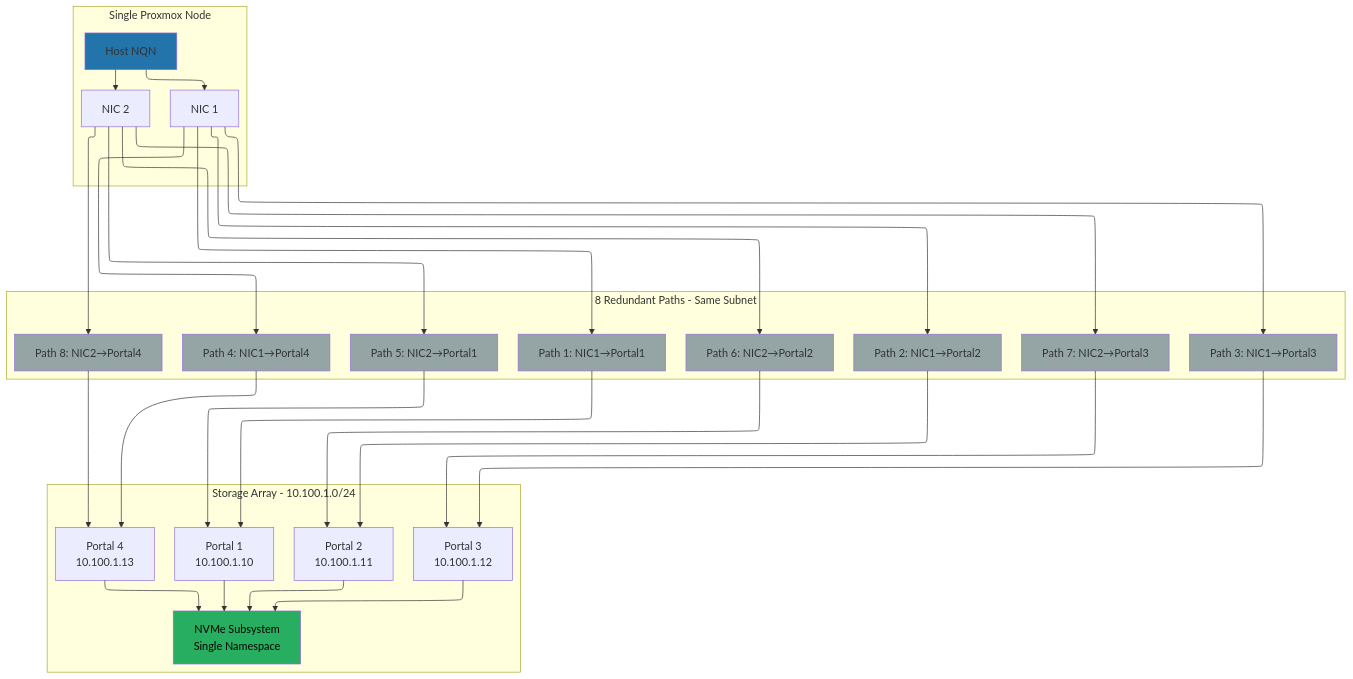
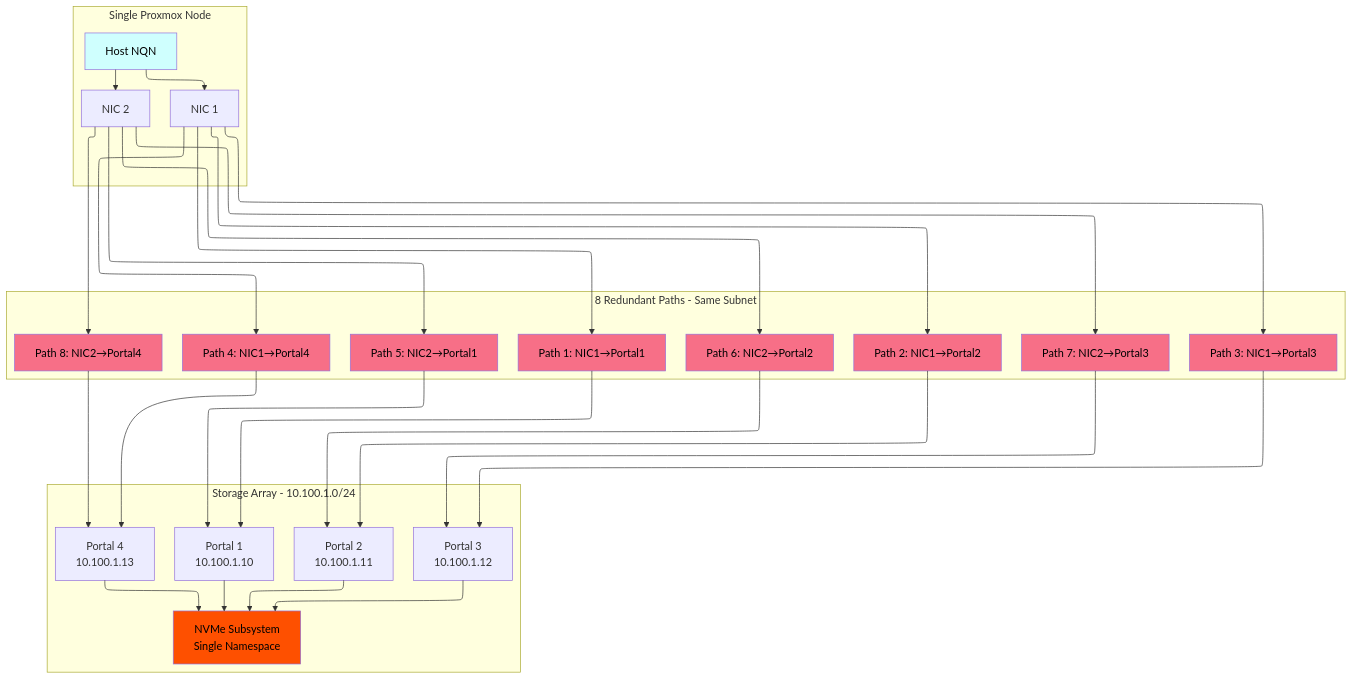
Before and after one commit to khensler/Quickstart-Guides: the fourth of 8 diagrams in Proxmox/nvme-tcp/BEST-PRACTICES.md, drawn with Mermaid. The commit also changed other lines of this file, not shown here.

````diff
--- a/Proxmox/nvme-tcp/BEST-PRACTICES.md
+++ b/Proxmox/nvme-tcp/BEST-PRACTICES.md
@@ -400,56 +400,56 @@
 ```mermaid
 flowchart-elk
     subgraph "Single Proxmox Node"
         HOST[Host NQN]
         NIC1[NIC 1]
         NIC2[NIC 2]
     end
 
     subgraph "8 Redundant Paths - Same Subnet"
         P1[Path 1: NIC1→Portal1]
         P2[Path 2: NIC1→Portal2]
         P3[Path 3: NIC1→Portal3]
         P4[Path 4: NIC1→Portal4]
         P5[Path 5: NIC2→Portal1]
         P6[Path 6: NIC2→Portal2]
         P7[Path 7: NIC2→Portal3]
         P8[Path 8: NIC2→Portal4]
     end
 
     subgraph "Storage Array - 10.100.1.0/24"
         SUBSYS[NVMe Subsystem<br/>Single Namespace]
         PORTAL1[Portal 1<br/>10.100.1.10]
         PORTAL2[Portal 2<br/>10.100.1.11]
         PORTAL3[Portal 3<br/>10.100.1.12]
         PORTAL4[Portal 4<br/>10.100.1.13]
     end
 
     HOST --> NIC1
     HOST --> NIC2
 
     NIC1 --> P1 --> PORTAL1
     NIC1 --> P2 --> PORTAL2
     NIC1 --> P3 --> PORTAL3
     NIC1 --> P4 --> PORTAL4
 
     NIC2 --> P5 --> PORTAL1
     NIC2 --> P6 --> PORTAL2
     NIC2 --> P7 --> PORTAL3
     NIC2 --> P8 --> PORTAL4
 
     PORTAL1 --> SUBSYS
     PORTAL2 --> SUBSYS
     PORTAL3 --> SUBSYS
     PORTAL4 --> SUBSYS
 
-    style HOST fill:#2374ab
-    style SUBSYS fill:#27ae60,color:#000000
-    style P1 fill:#95a5a6
-    style P2 fill:#95a5a6
-    style P3 fill:#95a5a6
-    style P4 fill:#95a5a6
-    style P5 fill:#95a5a6
-    style P6 fill:#95a5a6
-    style P7 fill:#95a5a6
-    style P8 fill:#95a5a6
+    style HOST fill:#CFFFFE,color:#000000
+    style SUBSYS fill:#FE5000,color:#000000
+    style P1 fill:#F76F87,color:#000000
+    style P2 fill:#F76F87,color:#000000
+    style P3 fill:#F76F87,color:#000000
+    style P4 fill:#F76F87,color:#000000
+    style P5 fill:#F76F87,color:#000000
+    style P6 fill:#F76F87,color:#000000
+    style P7 fill:#F76F87,color:#000000
+    style P8 fill:#F76F87,color:#000000
 ```
````
